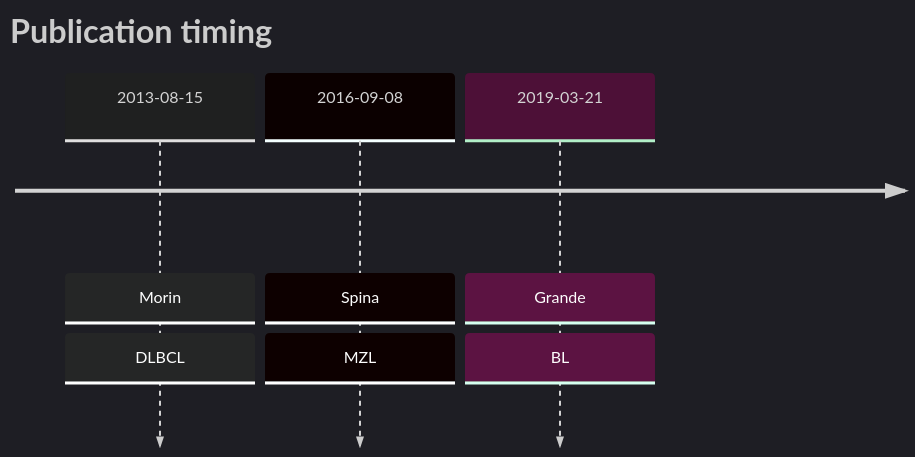
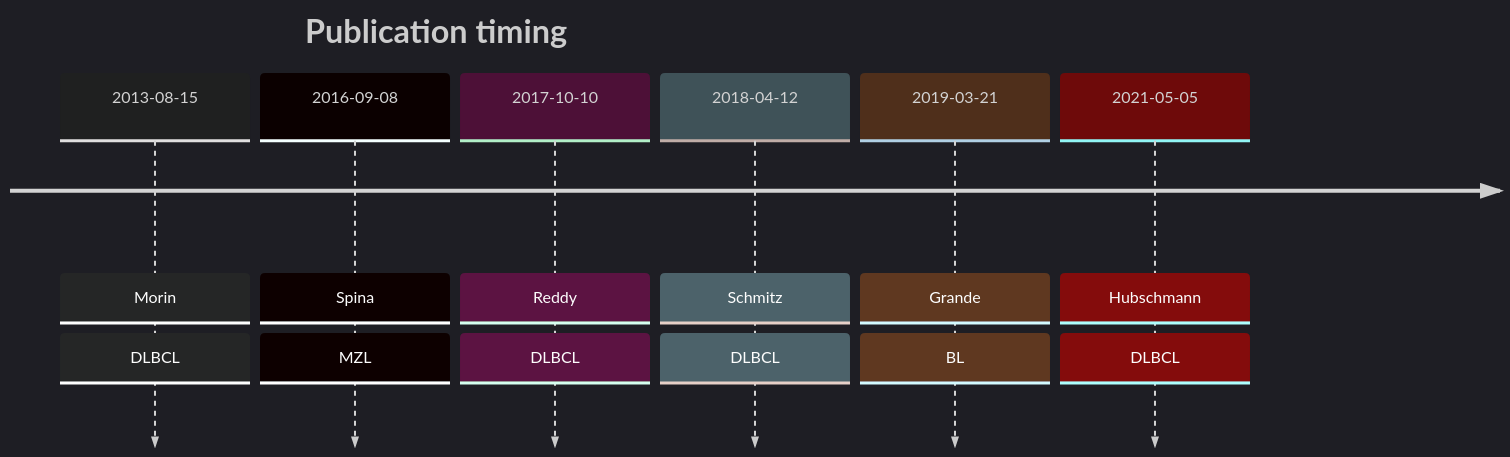
Before and after one commit to morinlab/lymphopedia: the diagram in CDKN2A.md, drawn with Mermaid.

````diff
--- a/CDKN2A.md
+++ b/CDKN2A.md
@@ -15,8 +15,11 @@
 ```mermaid
 %%{init: { 'logLevel': 'debug', 'theme': 'dark' } }%%
 timeline
     title Publication timing
-      2013-08-15 : Morin : DLBCL
-      2016-09-08 : Spina : MZL
-      2019-03-21 : Grande : BL
+2013-08-15 : Morin : DLBCL
+2016-09-08 : Spina : MZL
+2017-10-10 : Reddy : DLBCL
+2018-04-12 : Schmitz : DLBCL
+2019-03-21 : Grande : BL
+2021-05-05 : Hubschmann : DLBCL
 ```
````
